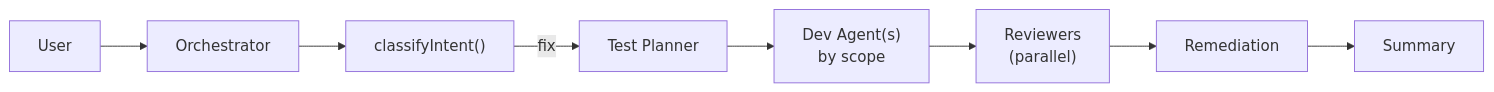
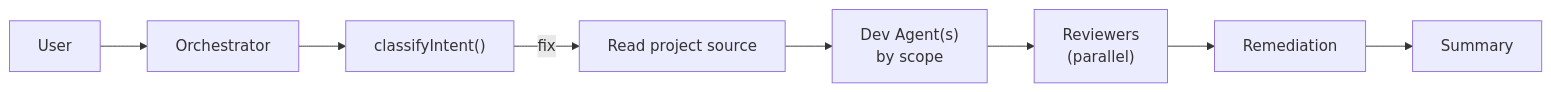
One commit to anthonybaldwin/page-gen changed the third of 3 diagrams in docs/adr/002-agent-architecture.md. Above: the diagram before and after it, drawn with Mermaid. The commit also changed other lines of this file and 19 other files, not shown here.

First line of the commit message:
refactor: remove vestigial Test Planner agent

````diff
--- a/docs/adr/002-agent-architecture.md
+++ b/docs/adr/002-agent-architecture.md
@@ -57,9 +57,9 @@
 ```mermaid
 graph LR
   User --> Orch["Orchestrator"] --> Classify["classifyIntent()"]
-  Classify -->|fix| TP["Test Planner"]
-  TP --> Dev["Dev Agent(s)<br>by scope"]
+  Classify -->|fix| Read["Read project source"]
+  Read --> Dev["Dev Agent(s)<br>by scope"]
   Dev --> Rev["Reviewers<br>(parallel)"]
   Rev --> Rem["Remediation"]
   Rem --> Summary
 ```
````
